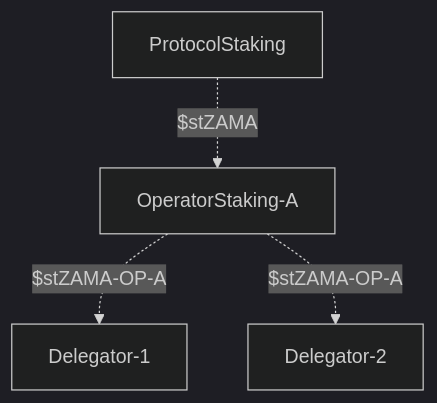
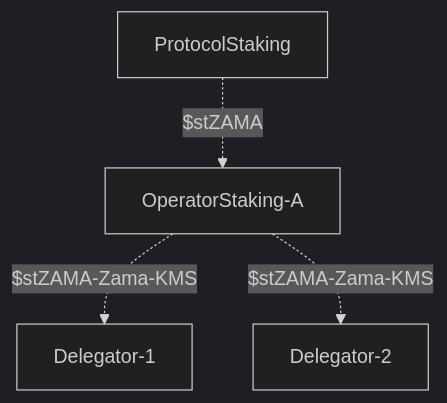
One commit to zama-ai/protocol-apps changed the fourth of 5 diagrams in docs/staking.md. Above: the diagram before and after it, drawn with Mermaid (dark theme). The commit also changed other lines of this file, not shown here.

First line of the commit message:
docs: staking docs improvement for operators (#53)

````diff
--- a/docs/staking.md
+++ b/docs/staking.md
@@ -51,6 +77,6 @@
 ```mermaid
 flowchart TB
     ProtocolStaking -. $stZAMA .-> OperatorStaking-A
-    OperatorStaking-A -. $stZAMA-OP-A .-> Delegator-1
-    OperatorStaking-A -. $stZAMA-OP-A .-> Delegator-2
+    OperatorStaking-A -. $stZAMA-Zama-KMS .-> Delegator-1
+    OperatorStaking-A -. $stZAMA-Zama-KMS .-> Delegator-2
 ```
````
